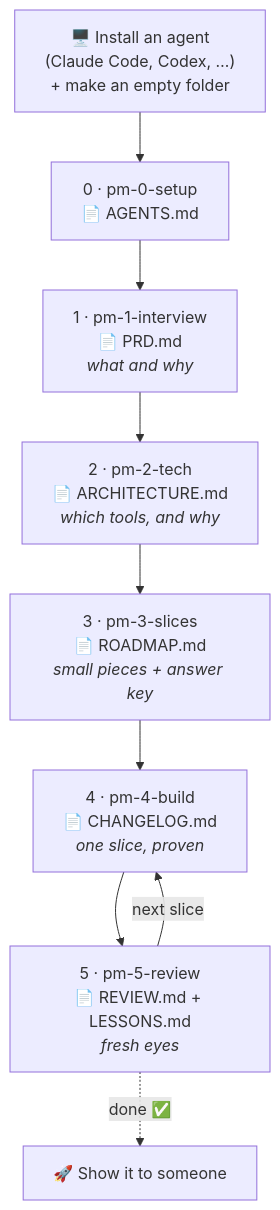
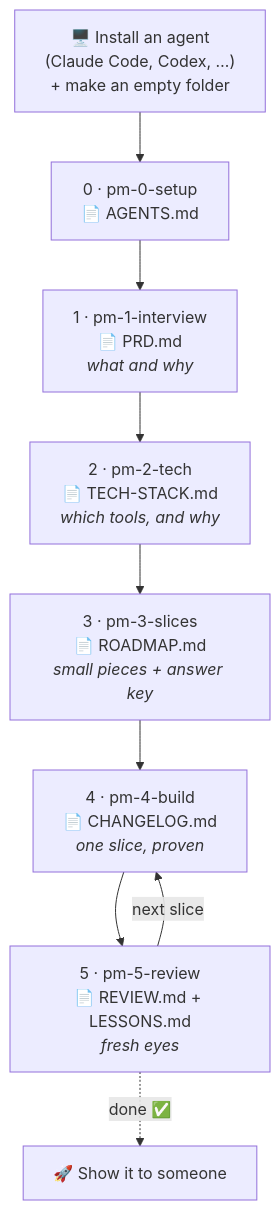
The diagram in README.md (qstrowy/pm-builder-skills), drawn with Mermaid before and after one commit. The commit also changed other lines of this file and 5 other files, not shown here.

Commit message:
Rename ARCHITECTURE.md to TECH-STACK.md across README and skills

````diff
--- a/README.md
+++ b/README.md
@@ -22,11 +22,11 @@
 ```mermaid
 flowchart TD
   Z["🖥️ Install an agent<br>(Claude Code, Codex, …)<br>+ make an empty folder"] --> S0
   S0["0 · pm-0-setup<br>📄 AGENTS.md"] --> S1
   S1["1 · pm-1-interview<br>📄 PRD.md<br><i>what and why</i>"] --> S2
-  S2["2 · pm-2-tech<br>📄 ARCHITECTURE.md<br><i>which tools, and why</i>"] --> S3
+  S2["2 · pm-2-tech<br>📄 TECH-STACK.md<br><i>which tools, and why</i>"] --> S3
   S3["3 · pm-3-slices<br>📄 ROADMAP.md<br><i>small pieces + answer key</i>"] --> S4
   S4["4 · pm-4-build<br>📄 CHANGELOG.md<br><i>one slice, proven</i>"] --> S5
   S5["5 · pm-5-review<br>📄 REVIEW.md + LESSONS.md<br><i>fresh eyes</i>"] -->|next slice| S4
   S5 -.->|"done ✅"| D["🚀 Show it to someone"]
 ```
````
